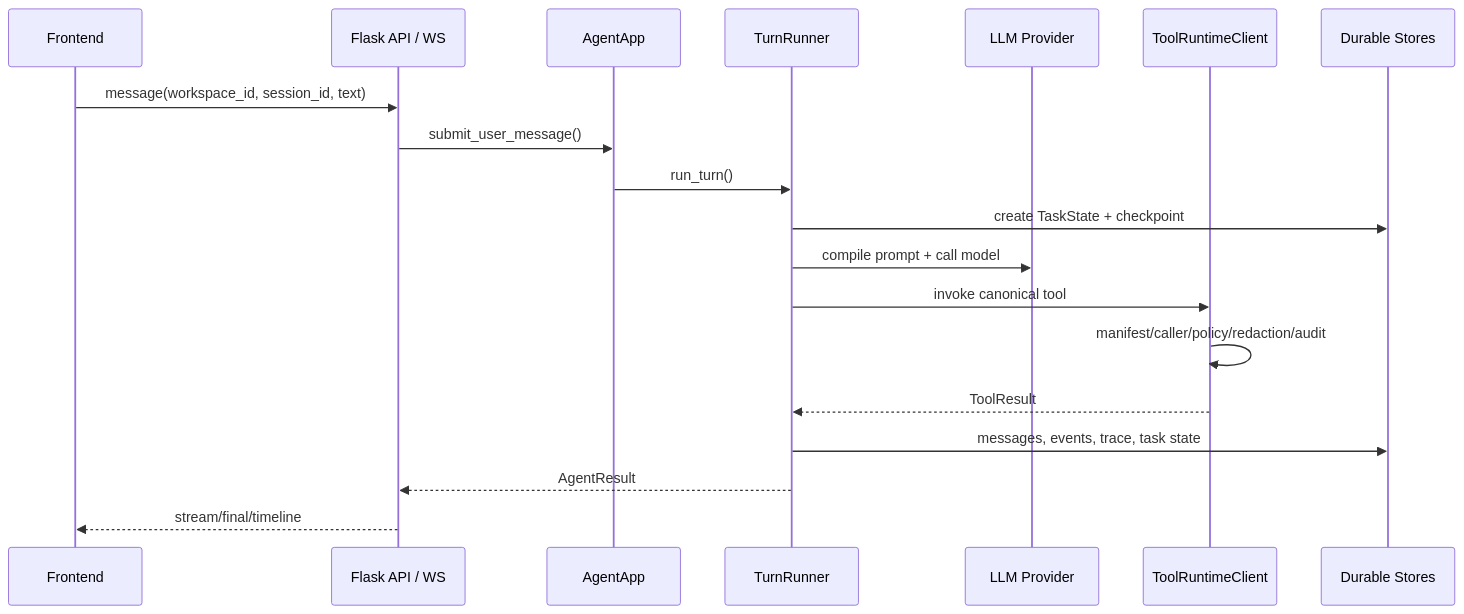
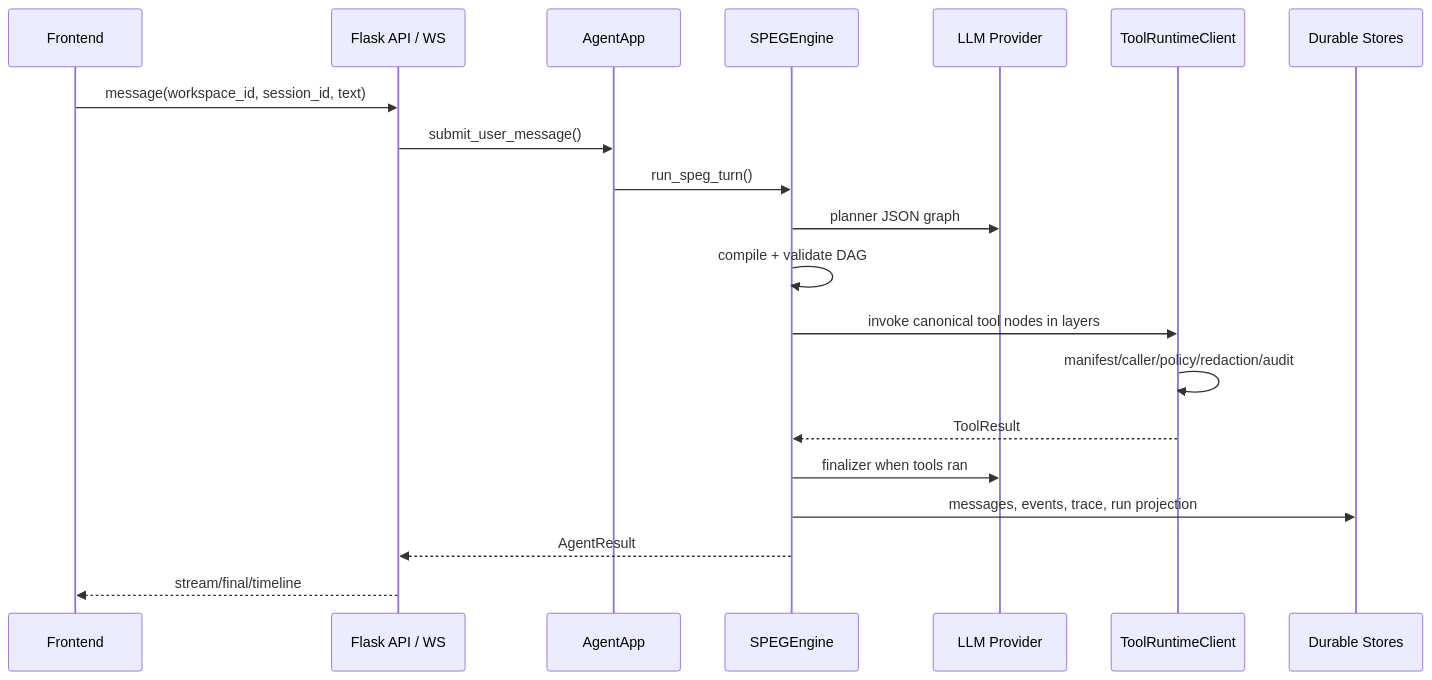
Before and after one commit to zhangh05/network_agent: the diagram in DESIGN.md, drawn with Mermaid. The commit also changed other lines of this file and 65 other files, not shown here.

Commit message:
fix: hard cut SPEG runtime architecture

````diff
--- a/DESIGN.md
+++ b/DESIGN.md
@@ -15,22 +15,23 @@
 ```mermaid
 sequenceDiagram
   participant UI as Frontend
   participant API as Flask API / WS
   participant App as AgentApp
-  participant Runner as TurnRunner
+  participant SPEG as SPEGEngine
   participant LLM as LLM Provider
   participant Tools as ToolRuntimeClient
   participant Store as Durable Stores
 
   UI->>API: message(workspace_id, session_id, text)
   API->>App: submit_user_message()
-  App->>Runner: run_turn()
-  Runner->>Store: create TaskState + checkpoint
-  Runner->>LLM: compile prompt + call model
-  Runner->>Tools: invoke canonical tool
+  App->>SPEG: run_speg_turn()
+  SPEG->>LLM: planner JSON graph
+  SPEG->>SPEG: compile + validate DAG
+  SPEG->>Tools: invoke canonical tool nodes in layers
   Tools->>Tools: manifest/caller/policy/redaction/audit
-  Tools-->>Runner: ToolResult
-  Runner->>Store: messages, events, trace, task state
-  Runner-->>API: AgentResult
+  Tools-->>SPEG: ToolResult
+  SPEG->>LLM: finalizer when tools ran
+  SPEG->>Store: messages, events, trace, run projection
+  SPEG-->>API: AgentResult
   API-->>UI: stream/final/timeline
 ```
````
